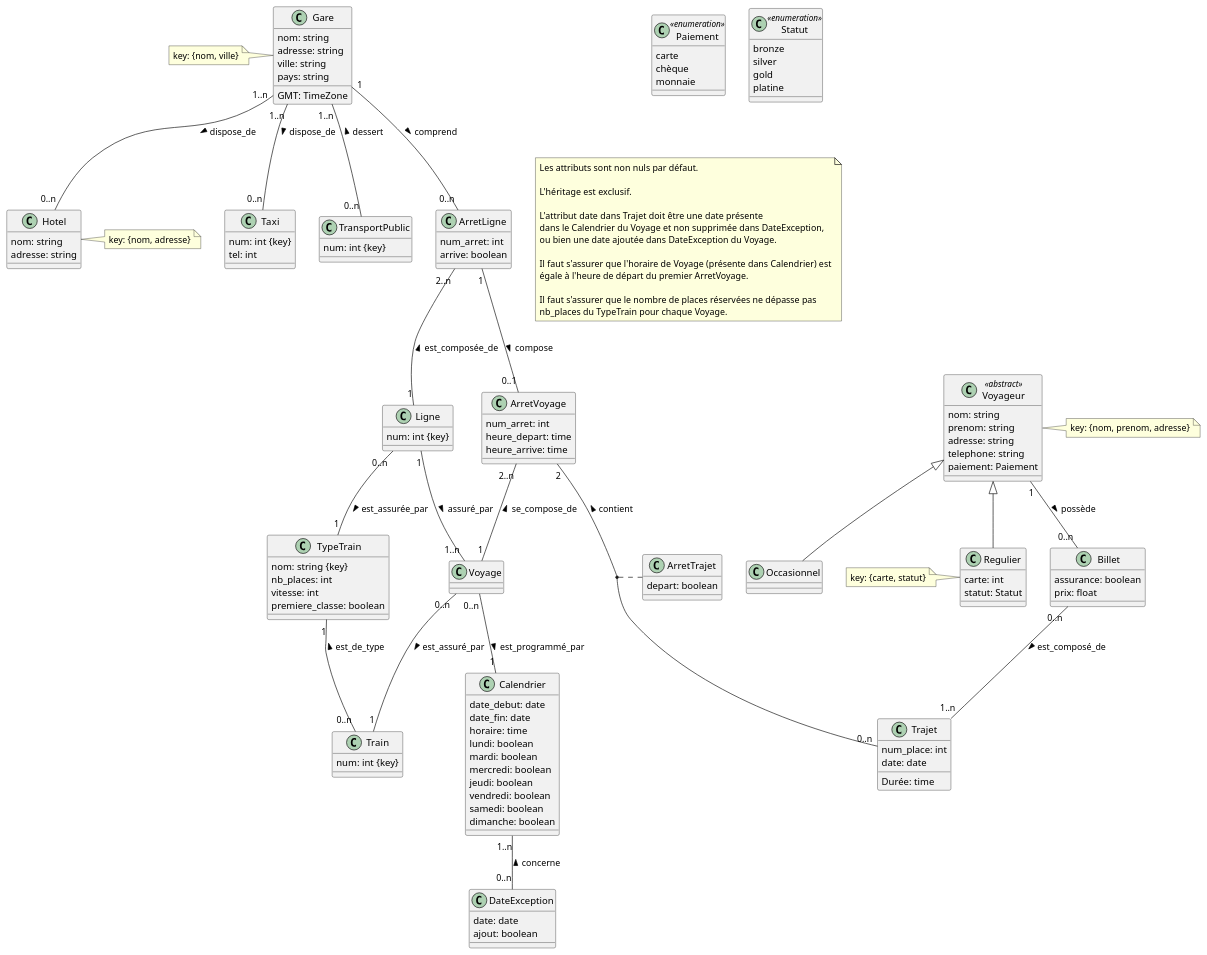
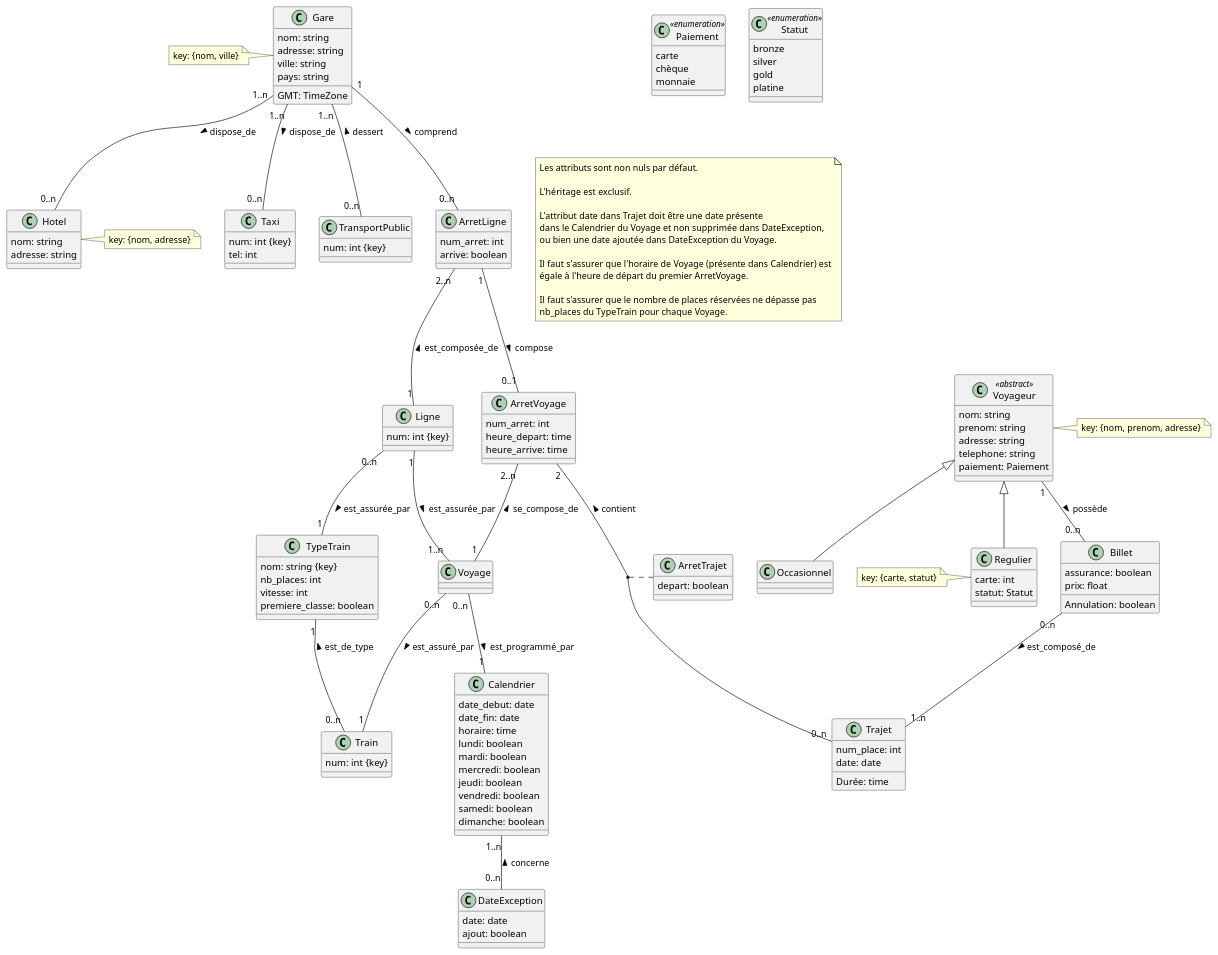
Before and after one commit to MiguelLaura/take_the_A_train: the diagram in rendu1/UML_V4.plantuml, drawn with PlantUML.

```diff
--- a/rendu1/UML_V4.plantuml
+++ b/rendu1/UML_V4.plantuml
@@ -1,158 +1,160 @@
 @startuml
 
 class Gare {
   nom: string
   adresse: string
   ville: string
   pays: string
   __
   GMT: TimeZone
 }
 
 class Gare
 note left: key: {nom, ville}
 
 class Hotel {
   nom: string
   adresse: string
 }
 
 class Hotel
 note right: key: {nom, adresse}
 
 class Taxi {
   num: int {key}
   tel: int
 }
 
 class TransportPublic {
   num: int {key}
 }
 
 class Train {
   num: int {key}
 }
 
 class TypeTrain {
   nom: string {key}
   nb_places: int
   vitesse: int
   premiere_classe: boolean
 }
 
 class ArretLigne {
   num_arret: int
   arrive: boolean
 }
 
 class ArretVoyage {
   num_arret: int
   heure_depart: time
   heure_arrive: time
 }
 
 class ArretTrajet {
   depart: boolean
 }
 
 class Ligne {
   num: int {key}
 }
 
 class Voyage {
 }
 
 class Calendrier {
   date_debut: date
   date_fin: date
   horaire: time
   lundi: boolean
   mardi: boolean
   mercredi: boolean
   jeudi: boolean
   vendredi: boolean
   samedi: boolean
   dimanche: boolean
 }
 
 class DateException {
   date: date
   ajout: boolean
 }
 
 class Voyageur <<abstract>> {
   nom: string
   prenom: string
   adresse: string
   telephone: string
   paiement: Paiement
 }
 
 class Voyageur
 note right: key: {nom, prenom, adresse}
 
 class Occasionnel {
 }
 
 class Regulier {
   carte: int
   statut: Statut
 }
 
 class Regulier
 note left: key: {carte, statut}
 
 class Billet {
   assurance: boolean
   prix: float
+  __
+  Annulation: boolean
 }
 
 class Trajet {
   num_place: int
   date: date
   __
   Durée: time
 }
 
 class Paiement << enumeration >> {
   carte
   chèque
   monnaie
 }
 
 class Statut << enumeration >> {
   bronze
   silver
   gold
   platine
 }
 
 
 Voyageur <|-- Occasionnel
 Voyageur <|-- Regulier
 
 Gare "1..n" -- "0..n" Hotel: dispose_de >
 Gare "1..n" -- "0..n" Taxi: dispose_de >
 Gare "1..n" -- "0..n" TransportPublic: dessert <
 
 Gare "1" -- "0..n" ArretLigne: comprend >
 ArretLigne "2..n" -- "1" Ligne: est_composée_de <
 ArretLigne "1" -- "0..1" ArretVoyage: compose >
 ArretVoyage "2..n" -- "1" Voyage: se_compose_de <
 ArretVoyage "2" -- "0..n" Trajet: contient <
 (ArretVoyage, Trajet) .. ArretTrajet
-Ligne "1" -- "1..n" Voyage: assuré_par >
+Ligne "1" -- "1..n" Voyage: est_assurée_par >
 
 Ligne "0..n" -- "1" TypeTrain: est_assurée_par >
 TypeTrain "1" -- "0..n" Train: est_de_type <
 Voyage "0..n" -- "1" Train: est_assuré_par >
 Voyage "0..n" -- "1" Calendrier: est_programmé_par >
 Calendrier "1..n" -- "0..n" DateException: concerne <
 
 
 Billet "0..n" -- "1..n" Trajet: est_composé_de >
 Voyageur "1" -- "0..n" Billet: possède >
 
 note "Les attributs sont non nuls par défaut.\n\nL'héritage est exclusif.\n\nL'attribut date dans Trajet doit être une date présente\ndans le Calendrier du Voyage et non supprimée dans DateException,\nou bien une date ajoutée dans DateException du Voyage.\n\nIl faut s'assurer que l'horaire de Voyage (présente dans Calendrier) est\négale à l'heure de départ du premier ArretVoyage.\n\nIl faut s'assurer que le nombre de places réservées ne dépasse pas\nnb_places du TypeTrain pour chaque Voyage." as N1
 
 @enduml
```
